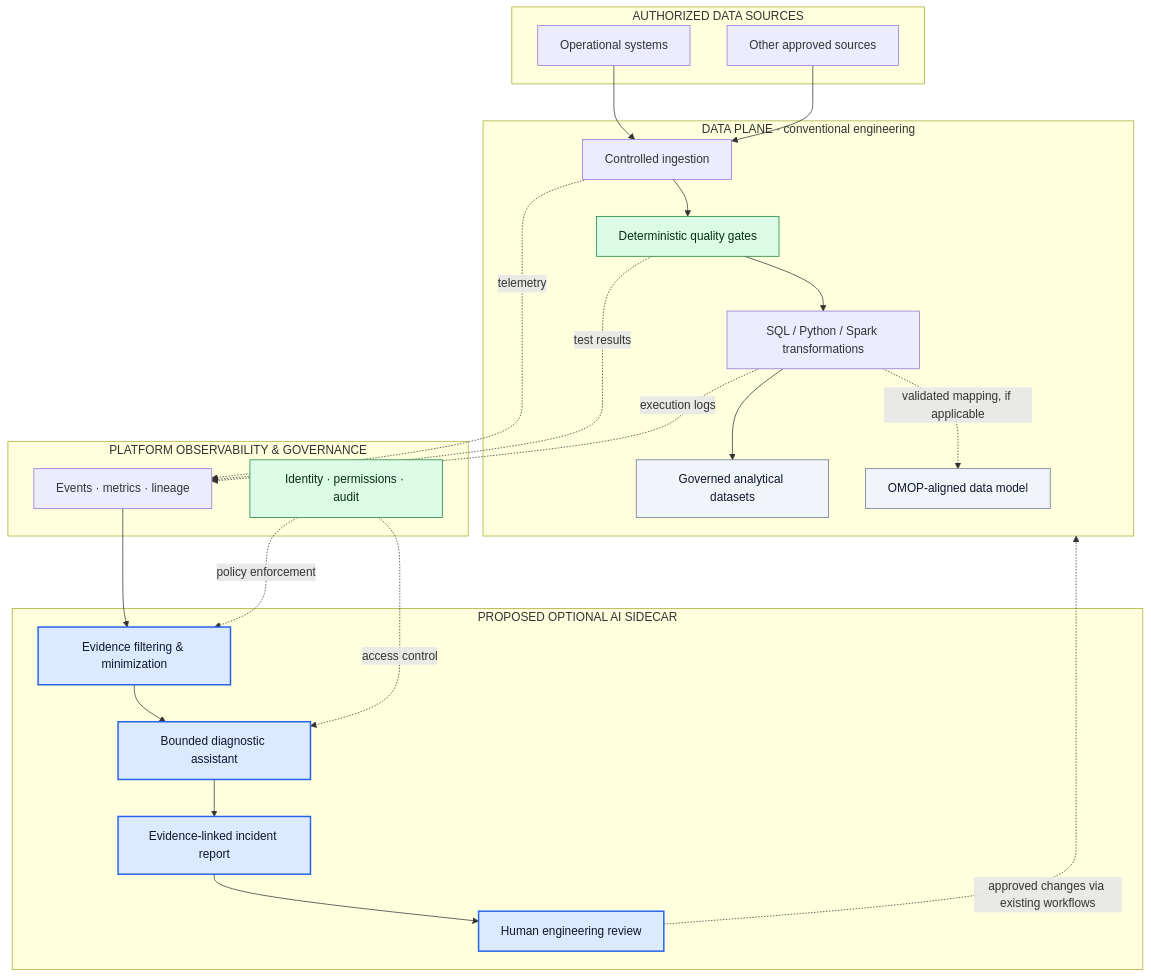
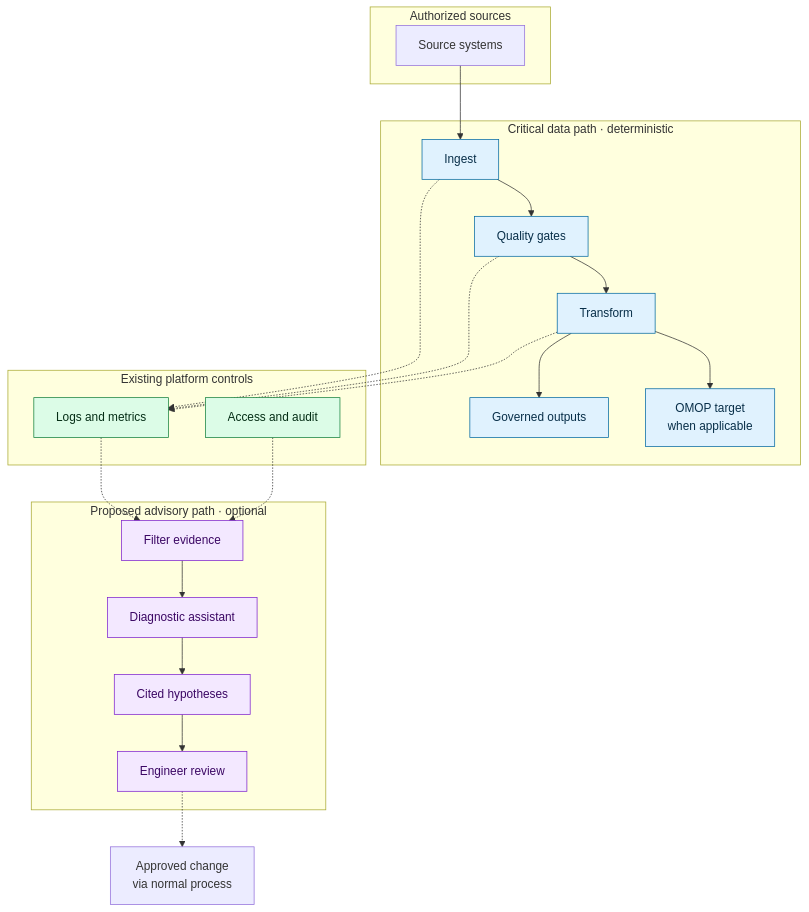
One commit to CAUCOLabs/intelligent-data-pipeline-engineering changed the first of 2 diagrams in README.md. Above: the diagram before and after it, drawn with Mermaid. The commit also changed other lines of this file, not shown here.

Commit message:
docs: refine architecture proposal and diagnostic scenarios

````diff
--- a/README.md
+++ b/README.md
@@ -34,44 +28,34 @@
 ```mermaid
 flowchart TB
-  subgraph SOURCES["AUTHORIZED DATA SOURCES"]
-    S1["Operational systems"]
-    S2["Other approved sources"]
+  subgraph S["Authorized sources"]
+    SRC["Source systems"]
   end
-
-  subgraph DATA["DATA PLANE · conventional engineering"]
-    I["Controlled ingestion"] --> Q["Deterministic quality gates"]
-    Q --> T["SQL / Python / Spark transformations"]
-    T --> A["Governed analytical datasets"]
-    T -. "validated mapping, if applicable" .-> OM["OMOP-aligned data model"]
+  subgraph P["Critical data path · deterministic"]
+    ING["Ingest"] --> VAL["Quality gates"]
+    VAL --> TR["Transform"]
+    TR --> OUT["Governed outputs"]
+    TR --> OM["OMOP target<br/>when applicable"]
   end
-
-  S1 --> I
-  S2 --> I
-
-  subgraph CONTROL["PLATFORM OBSERVABILITY & GOVERNANCE"]
-    E["Events · metrics · lineage"]
-    G["Identity · permissions · audit"]
+  subgraph O["Existing platform controls"]
+    OBS["Logs and metrics"]
+    GOV["Access and audit"]
   end
-
-  I -. telemetry .-> E
-  Q -. test results .-> E
-  T -. execution logs .-> E
-
-  subgraph ADVISORY["PROPOSED OPTIONAL AI SIDECAR"]
-    F["Evidence filtering & minimization"] --> D["Bounded diagnostic assistant"]
-    D --> R["Evidence-linked incident report"]
-    R --> H["Human engineering review"]
+  subgraph A["Proposed advisory path · optional"]
+    MIN["Filter evidence"] --> AI["Diagnostic assistant"]
+    AI --> REP["Cited hypotheses"]
+    REP --> REV["Engineer review"]
   end
-
-  E --> F
-  G -. "policy enforcement" .-> F
-  G -. "access control" .-> D
-  H -. "approved changes via existing workflows" .-> DATA
-
-  classDef proposed fill:#dbeafe,stroke:#2563eb,color:#0f172a,stroke-width:2px;
-  classDef guard fill:#dcfce7,stroke:#15803d,color:#052e16;
-  classDef result fill:#f1f5f9,stroke:#64748b,color:#0f172a;
-  class F,D,R,H proposed;
-  class Q,G guard;
-  class A,OM result;
+  SRC --> ING
+  ING -.-> OBS
+  VAL -.-> OBS
+  TR -.-> OBS
+  OBS -.-> MIN
+  GOV -.-> MIN
+  REV -.-> DEC["Approved change<br/>via normal process"]
+  classDef data fill:#e0f2fe,stroke:#0369a1,color:#082f49;
+  classDef control fill:#dcfce7,stroke:#15803d,color:#052e16;
+  classDef advisory fill:#f3e8ff,stroke:#7e22ce,color:#3b0764;
+  class ING,VAL,TR,OUT,OM data;
+  class OBS,GOV control;
+  class MIN,AI,REP,REV advisory;
 ```
````
